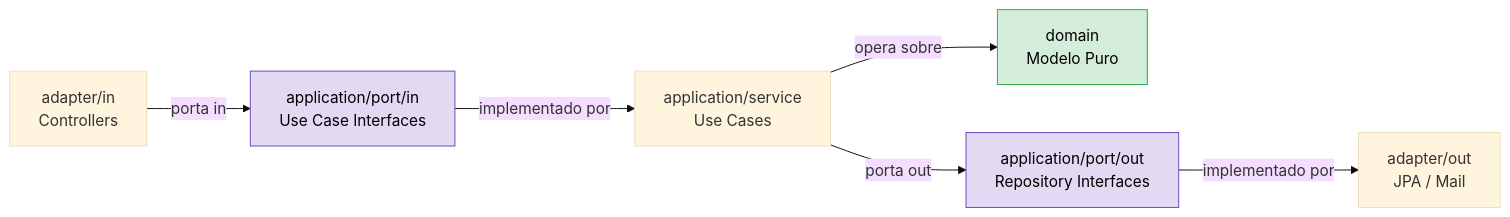
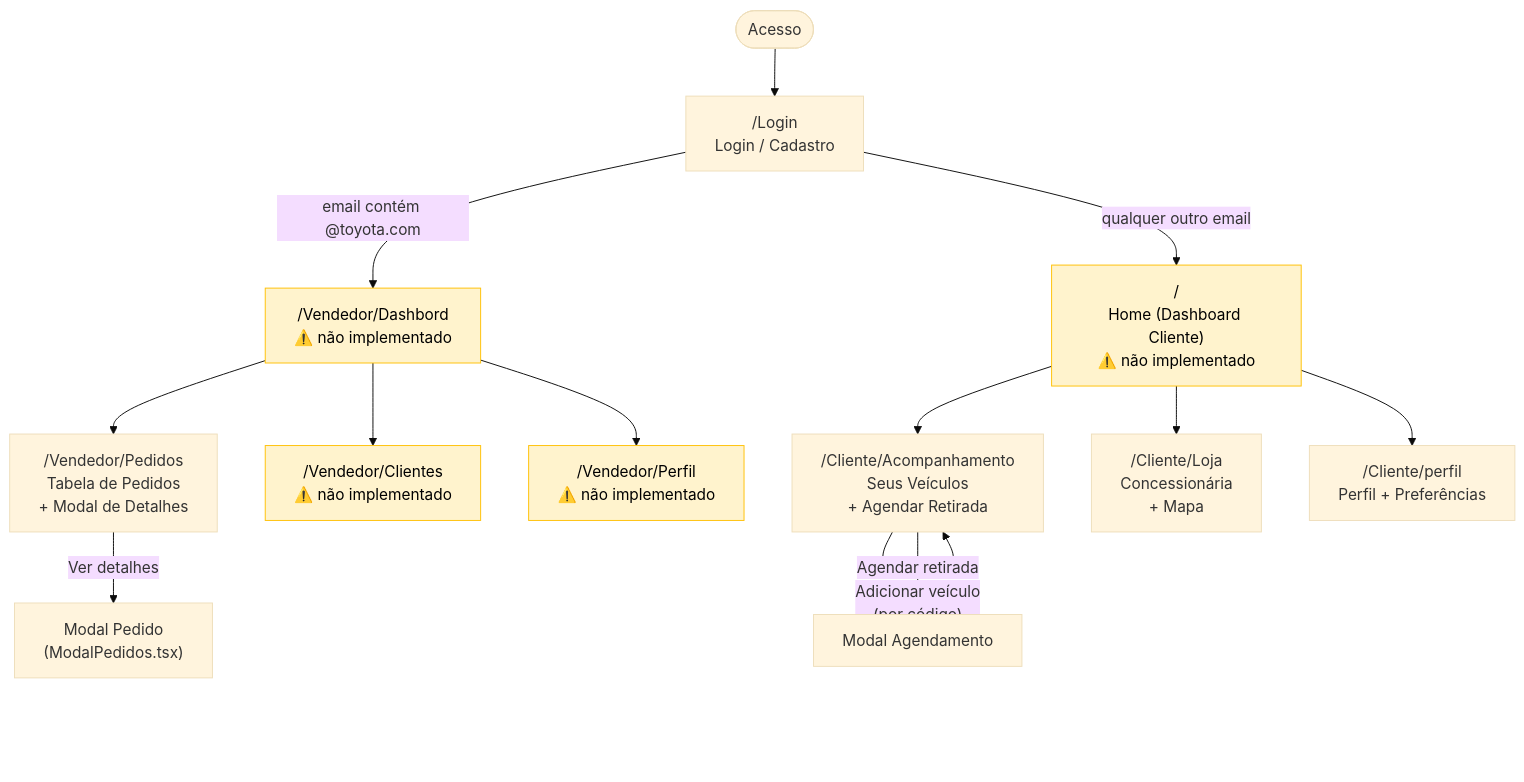
Before and after one commit to Experience-TADS/Experience: the fourth of 5 diagrams in documentacao/RELATORIO_ARQUITETURA.md, drawn with Mermaid (base theme). The commit also changed other lines of this file and 4 other files, not shown here.

````diff
--- a/documentacao/RELATORIO_ARQUITETURA.md
+++ b/documentacao/RELATORIO_ARQUITETURA.md
@@ -315,12 +532,25 @@
 ```mermaid
-flowchart LR
-    A["adapter/in\nControllers"] -->|porta in| B["application/port/in\nUse Case Interfaces"]
-    B -->|implementado por| C["application/service\nUse Cases"]
-    C -->|opera sobre| D["domain\nModelo Puro"]
-    C -->|porta out| E["application/port/out\nRepository Interfaces"]
-    E -->|implementado por| F["adapter/out\nJPA / Mail"]
+flowchart TD
+    START(["Acesso"]) --> LOGIN["/Login\nLogin / Cadastro"]
 
-    style D fill:#d4edda,stroke:#28a745,color:#000
-    style B fill:#e2d9f3,stroke:#6f42c1,color:#000
-    style E fill:#e2d9f3,stroke:#6f42c1,color:#000
+    LOGIN -->|"email contém @toyota.com"| VEND_DASH["/Vendedor/Dashbord\n⚠️ não implementado"]
+    LOGIN -->|"qualquer outro email"| CLI_HOME["/\nHome (Dashboard Cliente)\n⚠️ não implementado"]
+
+    CLI_HOME --> CLI_ACOMP["/Cliente/Acompanhamento\nSeus Veículos\n+ Agendar Retirada"]
+    CLI_HOME --> CLI_LOJA["/Cliente/Loja\nConcessionária\n+ Mapa"]
+    CLI_HOME --> CLI_PERFIL["/Cliente/perfil\nPerfil + Preferências"]
+
+    VEND_DASH --> VEND_PEDIDOS["/Vendedor/Pedidos\nTabela de Pedidos\n+ Modal de Detalhes"]
+    VEND_DASH --> VEND_CLIENTES["/Vendedor/Clientes\n⚠️ não implementado"]
+    VEND_DASH --> VEND_PERFIL["/Vendedor/Perfil\n⚠️ não implementado"]
+
+    CLI_ACOMP -->|"Adicionar veículo\n(por código)"| CLI_ACOMP
+    CLI_ACOMP -->|"Agendar retirada"| MODAL_AGENDA["Modal Agendamento"]
+
+    VEND_PEDIDOS -->|"Ver detalhes"| MODAL_PEDIDO["Modal Pedido\n(ModalPedidos.tsx)"]
+
+    style VEND_DASH fill:#fff3cd,stroke:#ffc107,color:#000
+    style CLI_HOME fill:#fff3cd,stroke:#ffc107,color:#000
+    style VEND_CLIENTES fill:#fff3cd,stroke:#ffc107,color:#000
+    style VEND_PERFIL fill:#fff3cd,stroke:#ffc107,color:#000
 ```
````
